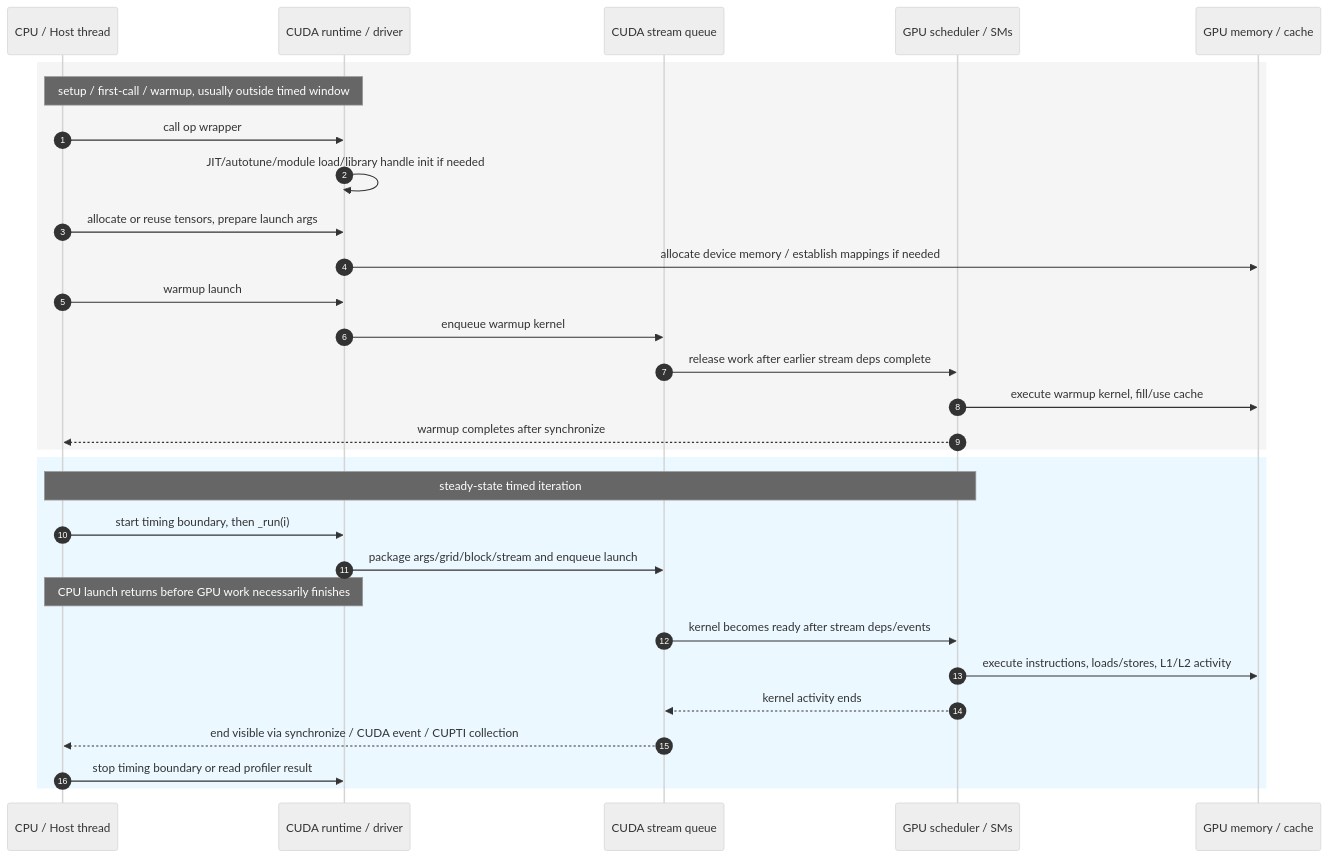
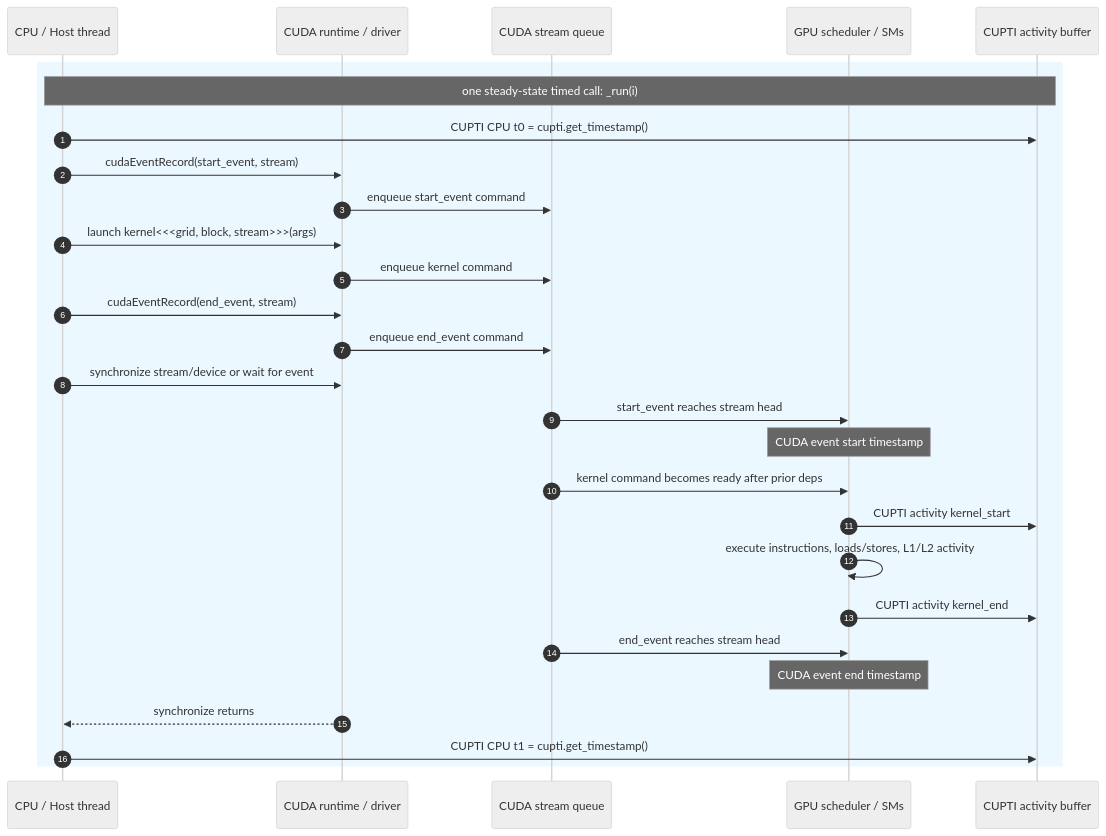
Before and after one commit to superAngGao/tileops-operator-design-plans: the diagram in plans/archive/benchmark-methods-survey-note-cn.md, drawn with Mermaid (neutral theme). The commit also changed other lines of this file, not shown here.

Commit message:
Show single kernel timing markers

````diff
--- a/plans/archive/benchmark-methods-survey-note-cn.md
+++ b/plans/archive/benchmark-methods-survey-note-cn.md
@@ -30,34 +38,33 @@
 ```mermaid
 sequenceDiagram
     autonumber
     participant CPU as CPU / Host thread
     participant RT as CUDA runtime / driver
     participant Q as CUDA stream queue
     participant GPU as GPU scheduler / SMs
-    participant MEM as GPU memory / cache
-
-    rect rgb(245, 245, 245)
-        note over CPU,RT: setup / first-call / warmup, usually outside timed window
-        CPU->>RT: call op wrapper
-        RT->>RT: JIT/autotune/module load/library handle init if needed
-        CPU->>RT: allocate or reuse tensors, prepare launch args
-        RT->>MEM: allocate device memory / establish mappings if needed
-        CPU->>RT: warmup launch
-        RT->>Q: enqueue warmup kernel
-        Q->>GPU: release work after earlier stream deps complete
-        GPU->>MEM: execute warmup kernel, fill/use cache
-        GPU-->>CPU: warmup completes after synchronize
-    end
+    participant CUPTI as CUPTI activity buffer
 
     rect rgb(235, 248, 255)
-        note over CPU,GPU: steady-state timed iteration
-        CPU->>RT: start timing boundary, then _run(i)
-        RT->>Q: package args/grid/block/stream and enqueue launch
-        note over CPU,RT: CPU launch returns before GPU work necessarily finishes
-        Q->>GPU: kernel becomes ready after stream deps/events
-        GPU->>MEM: execute instructions, loads/stores, L1/L2 activity
-        GPU-->>Q: kernel activity ends
-        Q-->>CPU: end visible via synchronize / CUDA event / CUPTI collection
-        CPU->>RT: stop timing boundary or read profiler result
+        note over CPU,CUPTI: one steady-state timed call: _run(i)
+        CPU->>CUPTI: CUPTI CPU t0 = cupti.get_timestamp()
+        CPU->>RT: cudaEventRecord(start_event, stream)
+        RT->>Q: enqueue start_event command
+        CPU->>RT: launch kernel<<<grid, block, stream>>>(args)
+        RT->>Q: enqueue kernel command
+        CPU->>RT: cudaEventRecord(end_event, stream)
+        RT->>Q: enqueue end_event command
+        CPU->>RT: synchronize stream/device or wait for event
+
+        Q->>GPU: start_event reaches stream head
+        note over GPU: CUDA event start timestamp
+        Q->>GPU: kernel command becomes ready after prior deps
+        GPU->>CUPTI: CUPTI activity kernel_start
+        GPU->>GPU: execute instructions, loads/stores, L1/L2 activity
+        GPU->>CUPTI: CUPTI activity kernel_end
+        Q->>GPU: end_event reaches stream head
+        note over GPU: CUDA event end timestamp
+
+        RT-->>CPU: synchronize returns
+        CPU->>CUPTI: CUPTI CPU t1 = cupti.get_timestamp()
     end
 ```
````
